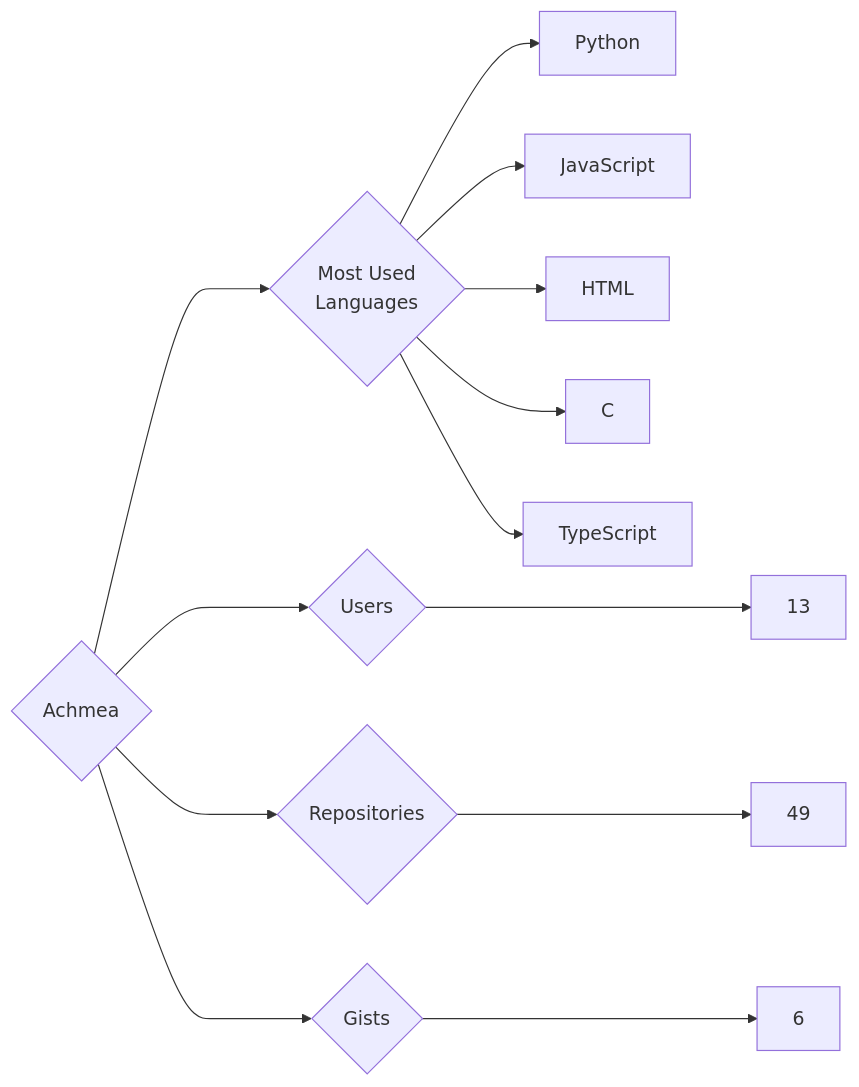
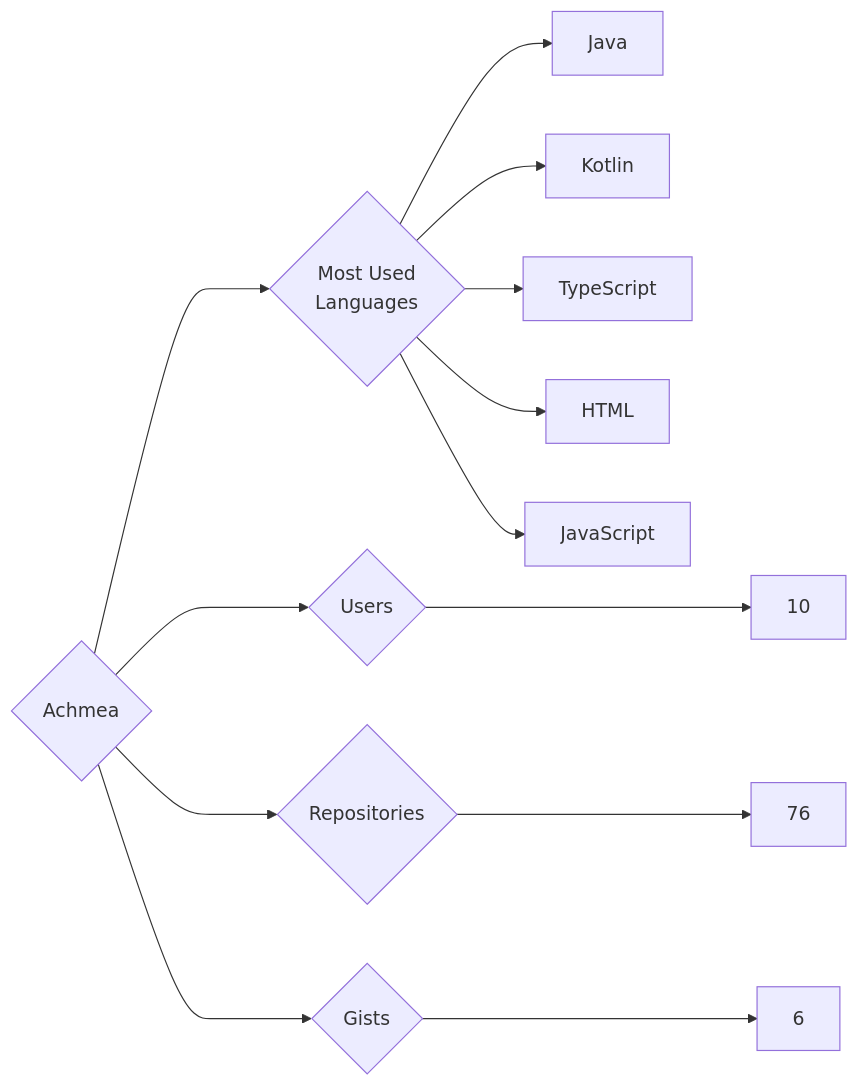
The diagram in targets/Achmea/README.md (trickest/insiders), drawn with Mermaid before and after one commit. The commit also changed 657 other files, not shown here.

````diff
--- a/targets/Achmea/README.md
+++ b/targets/Achmea/README.md
@@ -3,13 +3,13 @@
 ```mermaid
 graph LR
 COMPANY_NAME{Achmea}
-COMPANY_NAME ---> U{Users} ---> UN[13]
-COMPANY_NAME ---> R{Repositories} ---> RN[49]
+COMPANY_NAME ---> U{Users} ---> UN[10]
+COMPANY_NAME ---> R{Repositories} ---> RN[76]
 COMPANY_NAME ---> G{Gists} ---> GN[6]
 COMPANY_NAME ---> ML{Most Used<br>Languages}
-ML --> Python[Python]
+ML --> Java[Java]
+ML --> Kotlin[Kotlin]
+ML --> TypeScript[TypeScript]
+ML --> HTML[HTML]
 ML --> JavaScript[JavaScript]
-ML --> HTML[HTML]
-ML --> C[C]
-ML --> TypeScript[TypeScript]
 ```
````
